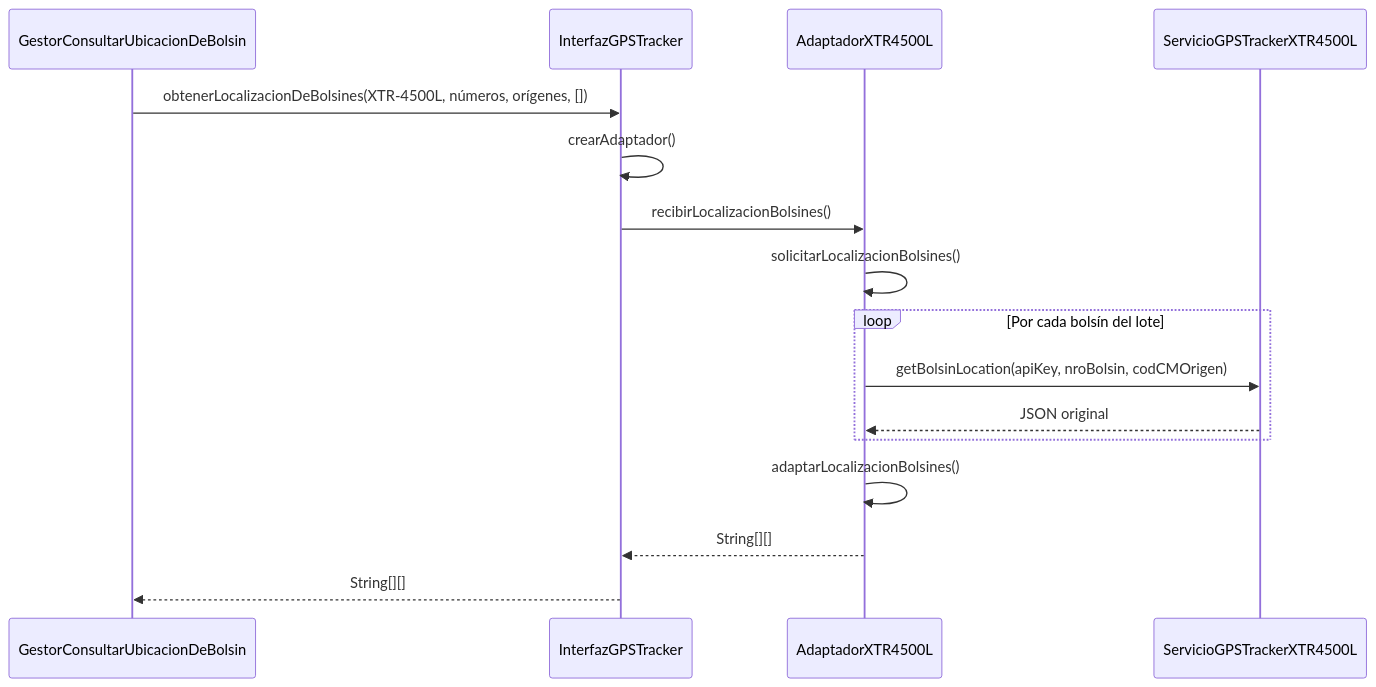
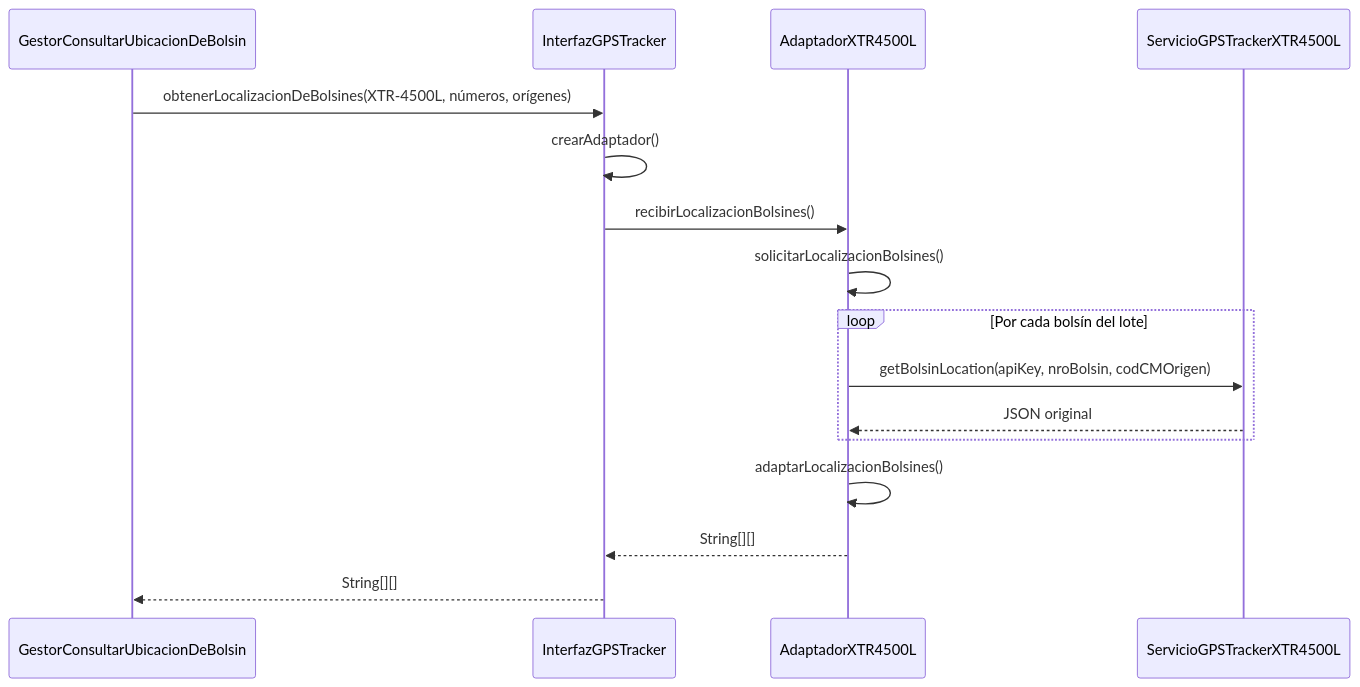
One commit to Taboada-Ignacio/TPAI-Bolsines changed the second of 2 diagrams in docs/cerebro/nodos/PPAI-CU-36.md. Above: the diagram before and after it, drawn with Mermaid. The commit also changed other lines of this file and 64 other files, not shown here.

````diff
--- a/docs/cerebro/nodos/PPAI-CU-36.md
+++ b/docs/cerebro/nodos/PPAI-CU-36.md
@@ -108,18 +108,18 @@
 ```mermaid
 sequenceDiagram
     participant G as GestorConsultarUbicacionDeBolsin
     participant F as InterfazGPSTracker
     participant A as AdaptadorXTR4500L
     participant S as ServicioGPSTrackerXTR4500L
-    G->>F: obtenerLocalizacionDeBolsines(XTR-4500L, números, orígenes, [])
+    G->>F: obtenerLocalizacionDeBolsines(XTR-4500L, números, orígenes)
     F->>F: crearAdaptador()
     F->>A: recibirLocalizacionBolsines()
     A->>A: solicitarLocalizacionBolsines()
     loop Por cada bolsín del lote
         A->>S: getBolsinLocation(apiKey, nroBolsin, codCMOrigen)
         S-->>A: JSON original
     end
     A->>A: adaptarLocalizacionBolsines()
     A-->>F: String[][]
     F-->>G: String[][]
 ```
````
